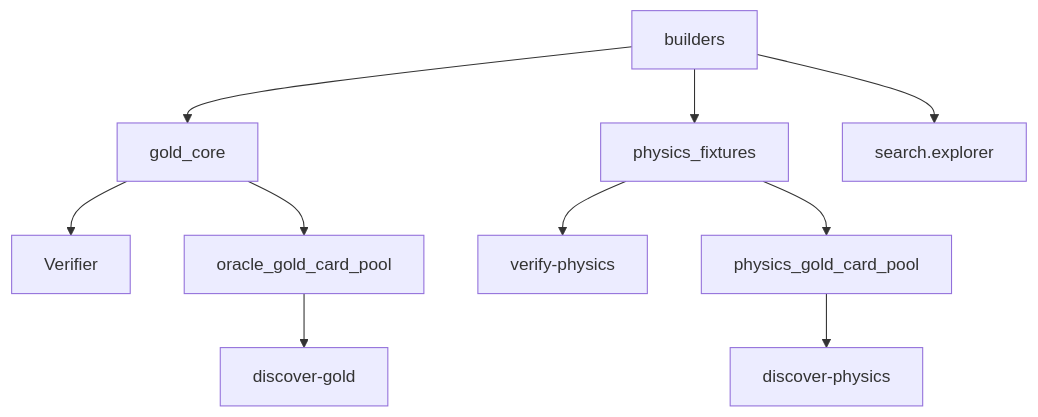
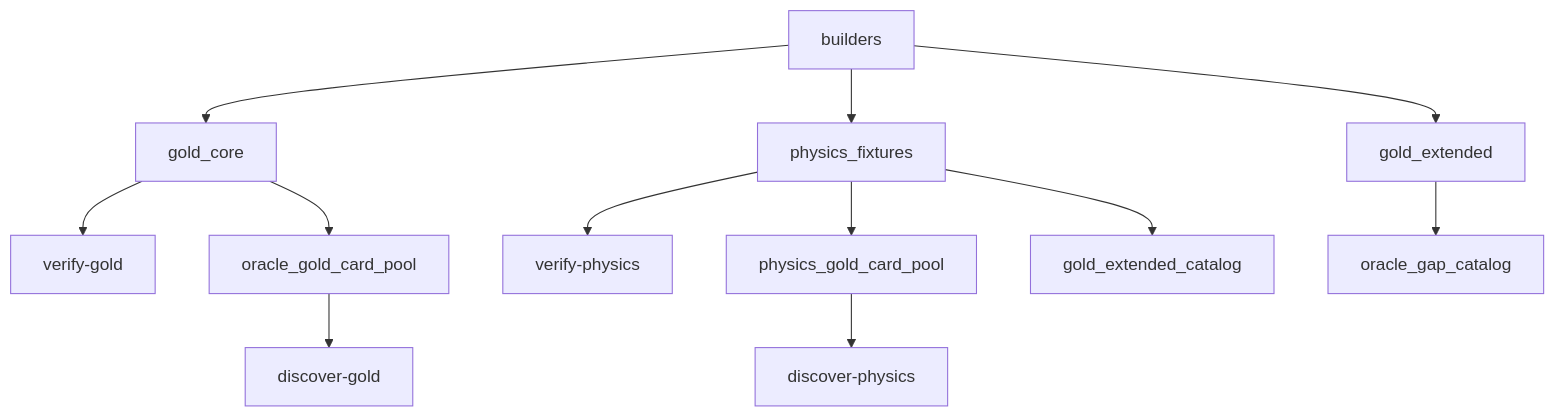
Before and after one commit to witzbeck/mtg-loop-engine: the diagram in src/mtg_loop_engine/corpus/README.md, drawn with Mermaid. The commit also changed other lines of this file and 35 other files, not shown here.

First line of the commit message:
Promote Wave 2–3 Oracle gold pairs and stage remaining gaps.

````diff
--- a/src/mtg_loop_engine/corpus/README.md
+++ b/src/mtg_loop_engine/corpus/README.md
@@ -13,12 +14,14 @@
 ```mermaid
 graph TB;
   builders[builders] --> goldCore[gold_core];
   builders --> physics[physics_fixtures];
-  builders --> explorer[search.explorer];
-  goldCore --> verifier[Verifier];
+  builders --> goldExt[gold_extended];
+  goldCore --> verifyGold[verify-gold];
   physics --> verifyPhysics[verify-physics];
   goldCore --> oraclePool[oracle_gold_card_pool];
   physics --> physicsPool[physics_gold_card_pool];
   oraclePool --> discoverGold[discover-gold];
   physicsPool --> discoverPhysics[discover-physics];
+  goldExt --> gaps[oracle_gap_catalog];
+  physics --> extCatalog[gold_extended_catalog];
 ```
````
